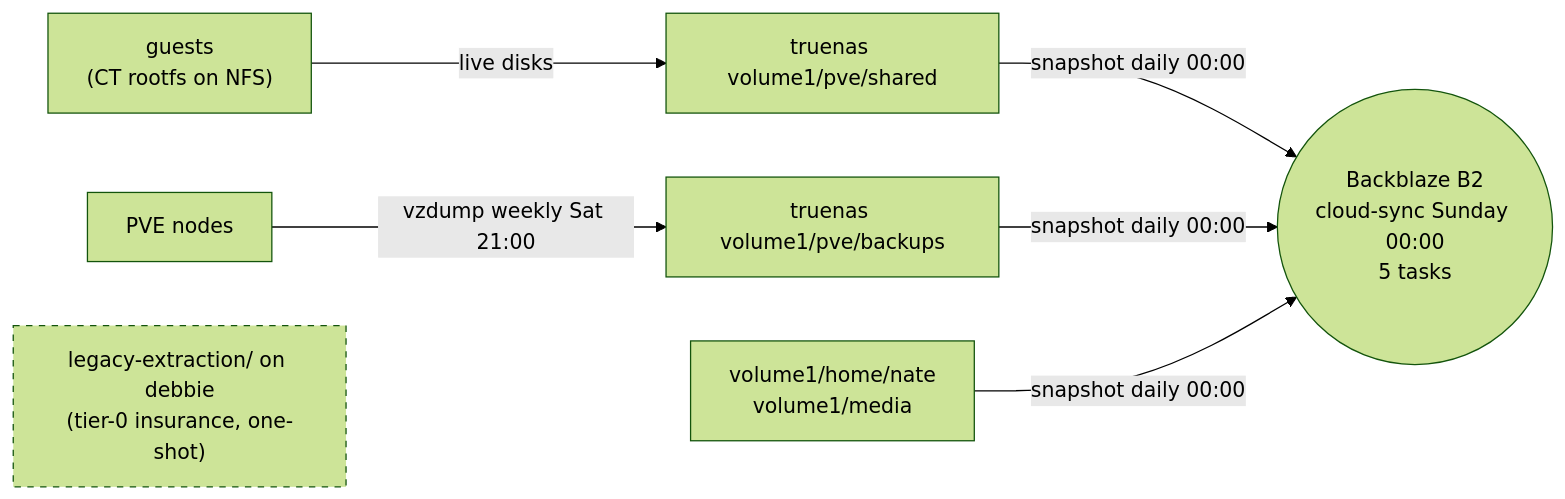
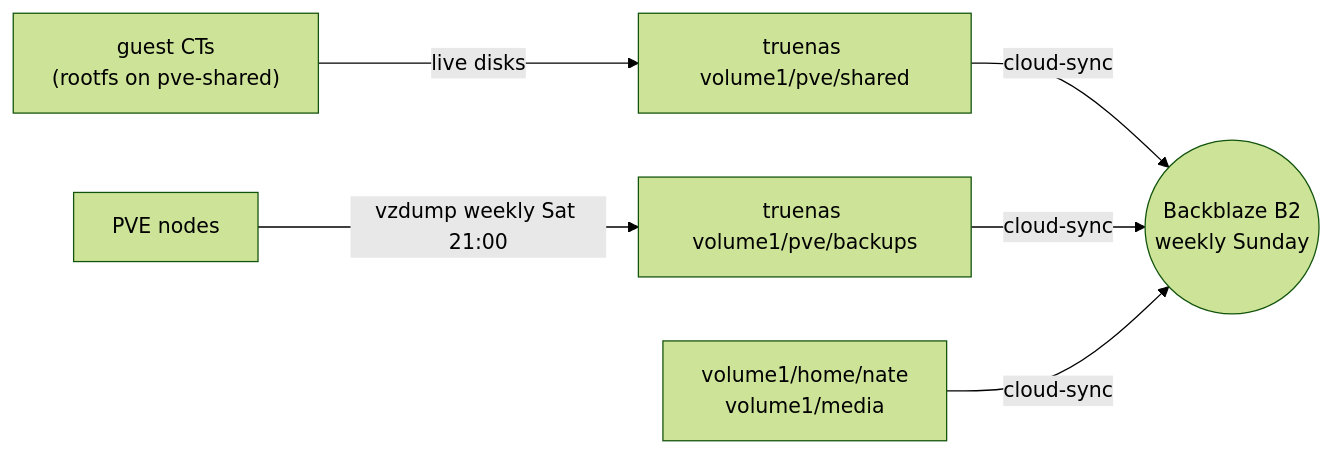
One commit to funkybooboo/homelab changed the diagram in docs/backups.md. Above: the diagram before and after it, drawn with Mermaid (forest theme). The commit also changed other lines of this file and 11 other files, not shown here.

First line of the commit message:
OPS-30 pass 1 (docs): one doc, one question; traps get one home.

````diff
--- a/docs/backups.md
+++ b/docs/backups.md
@@ -6,10 +5,8 @@
 ```mermaid
 flowchart LR
-    GUESTS["guests<br/>(CT rootfs on NFS)"] -- "live disks" --> SHARED["truenas volume1/pve/shared"]
+    GUESTS["guest CTs<br/>(rootfs on pve-shared)"] -- "live disks" --> SHARED["truenas volume1/pve/shared"]
     NODES["PVE nodes"] -- "vzdump weekly Sat 21:00" --> BACKUPS["truenas volume1/pve/backups"]
-    SHARED -- "snapshot daily 00:00" --> B2(("Backblaze B2<br/>cloud-sync Sunday 00:00<br/>5 tasks"))
-    BACKUPS -- "snapshot daily 00:00" --> B2
-    HOME["volume1/home/nate<br/>volume1/media"] -- "snapshot daily 00:00" --> B2
-    EXTRACT["legacy-extraction/ on debbie<br/>(tier-0 insurance, one-shot)"]:::one
-    classDef one stroke-dasharray: 5
+    SHARED -- "cloud-sync" --> B2(("Backblaze B2<br/>weekly Sunday"))
+    BACKUPS -- "cloud-sync" --> B2
+    HOME["volume1/home/nate<br/>volume1/media"] -- "cloud-sync" --> B2
 ```
````
